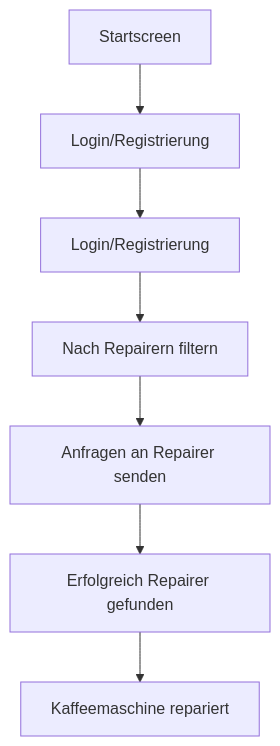
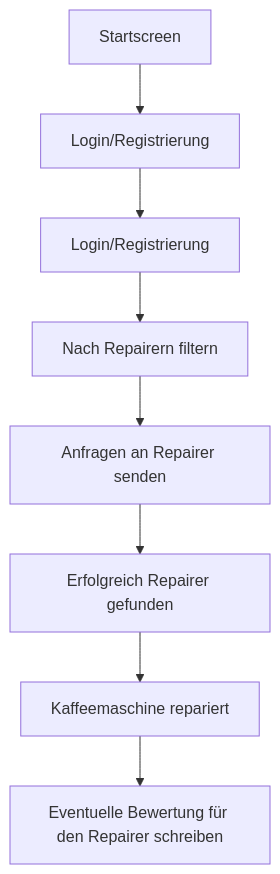
One commit to timmundt/Fix-It-Togehter changed the diagram in docs/value-proposition.md. Above: the diagram before and after it, drawn with Mermaid. The commit also changed other lines of this file and 1 other file, not shown here.

````diff
--- a/docs/value-proposition.md
+++ b/docs/value-proposition.md
@@ -83,9 +83,10 @@
 ```mermaid
 flowchart TD
 A[Startscreen] --> B[Login/Registrierung]
 B --> C[Login/Registrierung]
 C --> D[Nach Repairern filtern]
 D --> E[Anfragen an Repairer senden]
 E --> G[Erfolgreich Repairer gefunden]
 G --> H[Kaffeemaschine repariert]
+H --> I[Eventuelle Bewertung für den Repairer schreiben]
 ```
````
